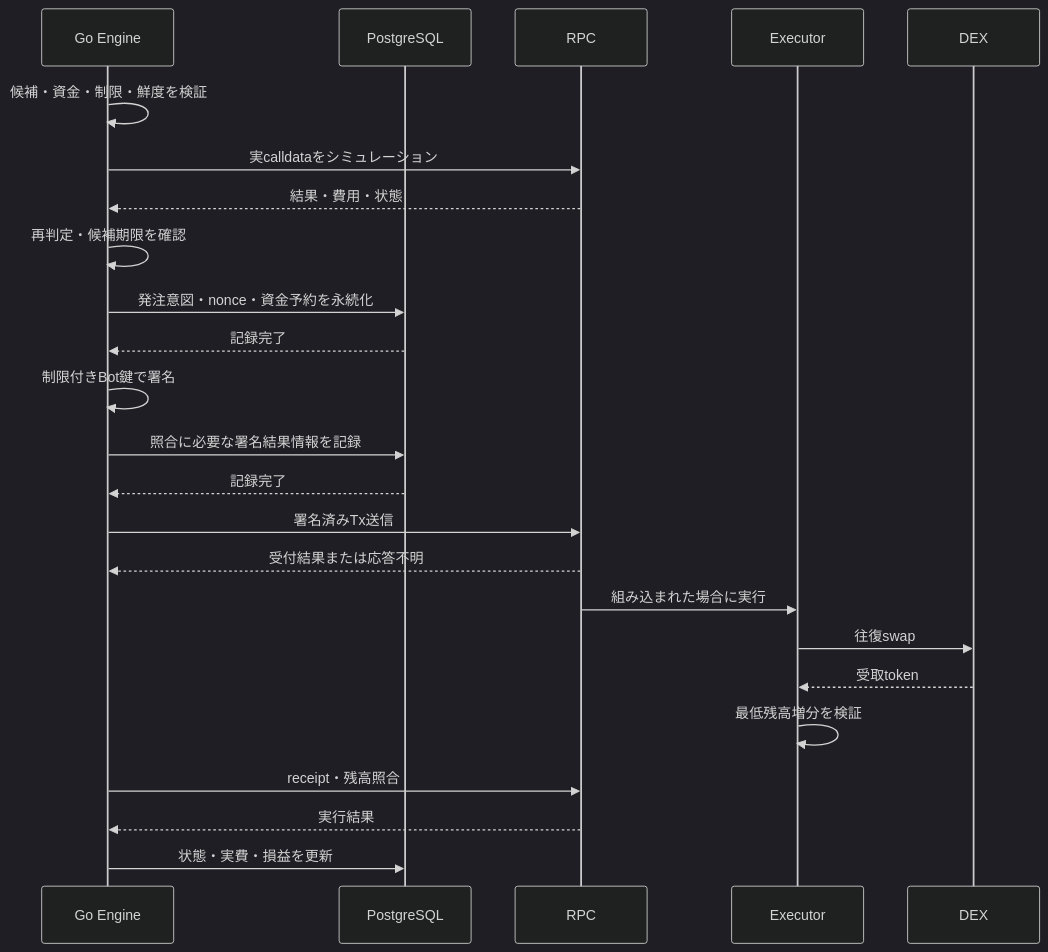
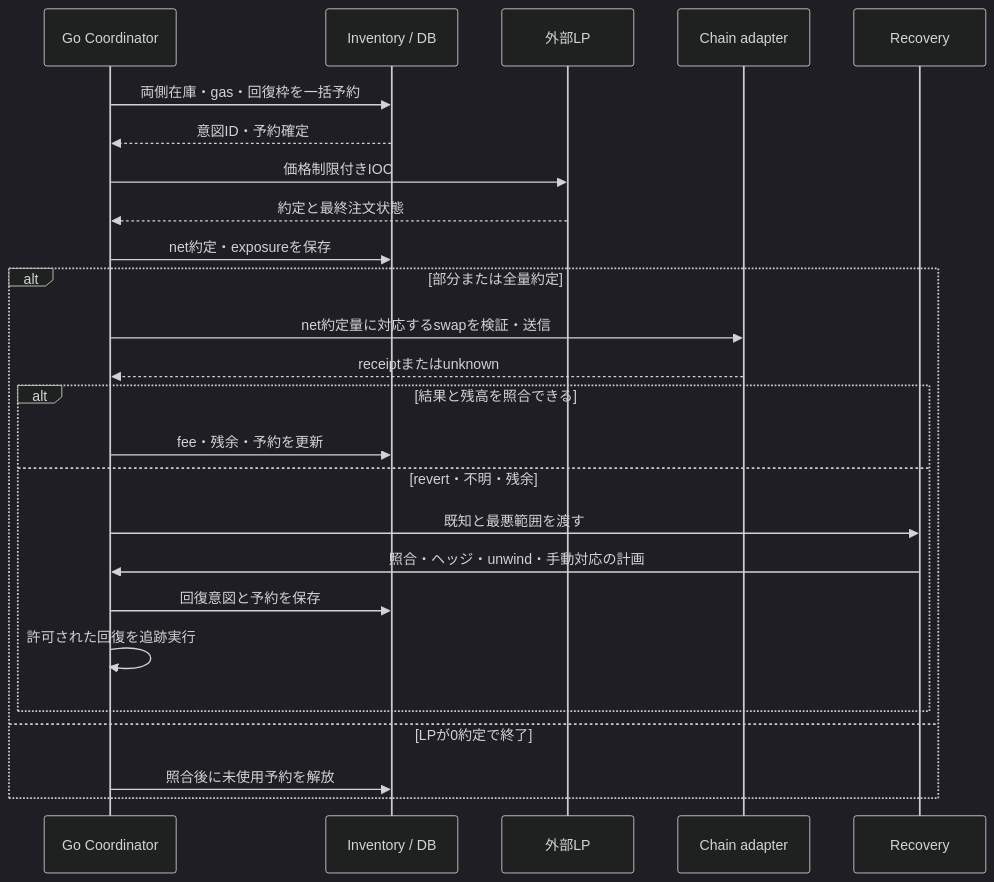
One commit to jin-take/arbex changed the third of 3 diagrams in docs/design/overview.md. Above: the diagram before and after it, drawn with Mermaid (dark theme). The commit also changed other lines of this file, not shown here.

Commit message:
docs: redesign ARBEX around synthetic liquidity and cross-venue recovery

````diff
--- a/docs/design/overview.md
+++ b/docs/design/overview.md
@@ -192,26 +342,27 @@
 ```mermaid
 sequenceDiagram
-    participant E as Go Engine
-    participant D as PostgreSQL
-    participant R as RPC
-    participant C as Executor
-    participant P as DEX
-    E->>E: 候補・資金・制限・鮮度を検証
-    E->>R: 実calldataをシミュレーション
-    R-->>E: 結果・費用・状態
-    E->>E: 再判定・候補期限を確認
-    E->>D: 発注意図・nonce・資金予約を永続化
-    D-->>E: 記録完了
-    E->>E: 制限付きBot鍵で署名
-    E->>D: 照合に必要な署名結果情報を記録
-    D-->>E: 記録完了
-    E->>R: 署名済みTx送信
-    R-->>E: 受付結果または応答不明
-    R->>C: 組み込まれた場合に実行
-    C->>P: 往復swap
-    P-->>C: 受取token
-    C->>C: 最低残高増分を検証
-    E->>R: receipt・残高照合
-    R-->>E: 実行結果
-    E->>D: 状態・実費・損益を更新
+    participant E as Go Coordinator
+    participant I as Inventory / DB
+    participant L as 外部LP
+    participant C as Chain adapter
+    participant R as Recovery
+    E->>I: 両側在庫・gas・回復枠を一括予約
+    I-->>E: 意図ID・予約確定
+    E->>L: 価格制限付きIOC
+    L-->>E: 約定と最終注文状態
+    E->>I: net約定・exposureを保存
+    alt 部分または全量約定
+        E->>C: net約定量に対応するswapを検証・送信
+        C-->>E: receiptまたはunknown
+        alt 結果と残高を照合できる
+            E->>I: fee・残余・予約を更新
+        else revert・不明・残余
+            E->>R: 既知と最悪範囲を渡す
+            R->>E: 照合・ヘッジ・unwind・手動対応の計画
+            E->>I: 回復意図と予約を保存
+            E->>E: 許可された回復を追跡実行
+        end
+    else LPが0約定で終了
+        E->>I: 照合後に未使用予約を解放
+    end
 ```
````
